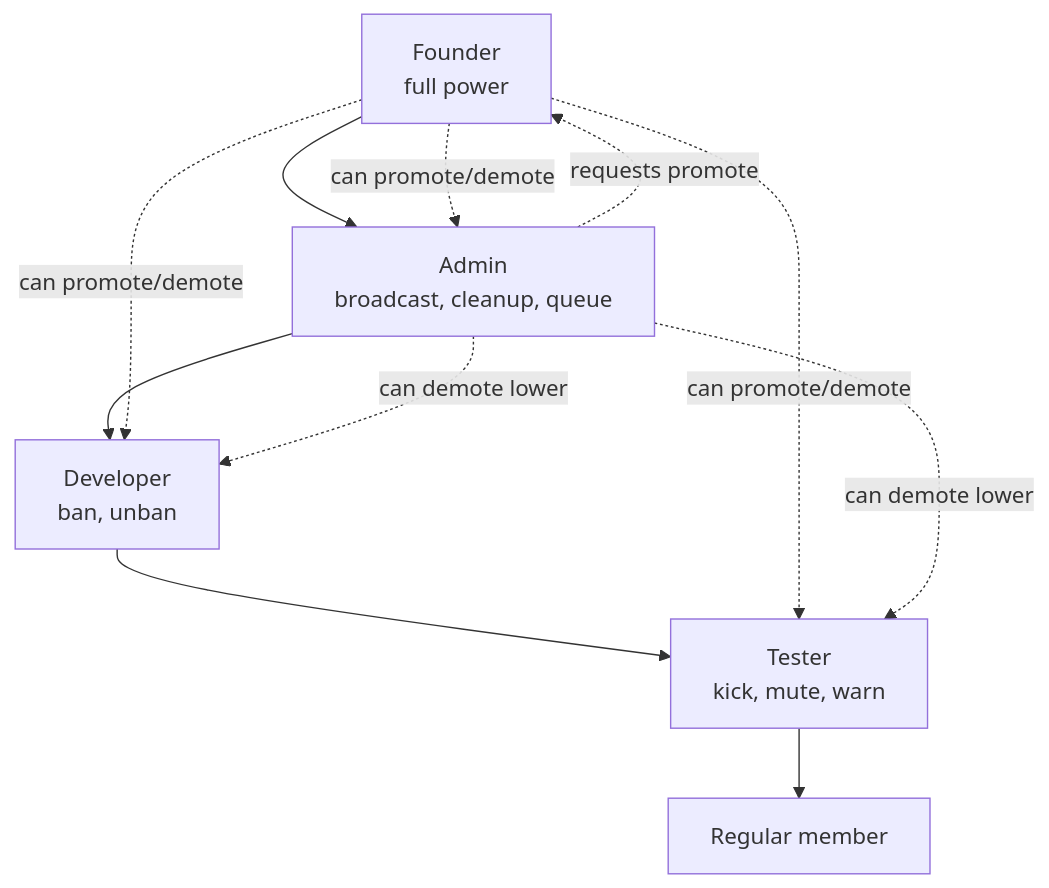
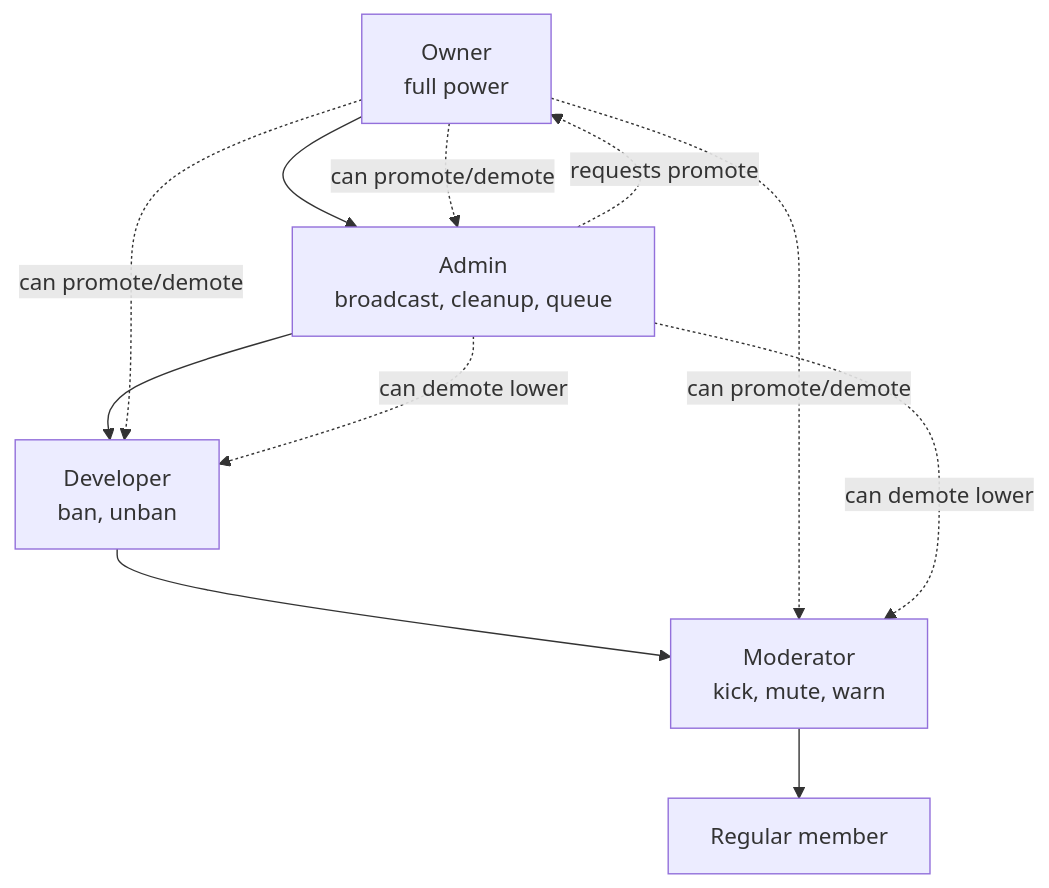
The first of 2 diagrams in docs/features/roles/roles.md (D1ZZY4/tcbot), drawn with Mermaid before and after one commit. The commit also changed other lines of this file and 82 other files, not shown here.

First line of the commit message:
refactor(roles): rename role vocabulary to owner and moderator

````diff
--- a/docs/features/roles/roles.md
+++ b/docs/features/roles/roles.md
@@ -13,13 +13,13 @@
 ```mermaid
 flowchart TD
-    Founder[Founder<br/>full power] --> Admin[Admin<br/>broadcast, cleanup, queue]
+    Owner[Owner<br/>full power] --> Admin[Admin<br/>broadcast, cleanup, queue]
     Admin --> Developer[Developer<br/>ban, unban]
-    Developer --> Tester[Tester<br/>kick, mute, warn]
-    Tester --> Member[Regular member]
-    Founder -.->|can promote/demote| Admin
-    Founder -.->|can promote/demote| Developer
-    Founder -.->|can promote/demote| Tester
-    Admin -.->|requests promote| Founder
+    Developer --> Moderator[Moderator<br/>kick, mute, warn]
+    Moderator --> Member[Regular member]
+    Owner -.->|can promote/demote| Admin
+    Owner -.->|can promote/demote| Developer
+    Owner -.->|can promote/demote| Moderator
+    Admin -.->|requests promote| Owner
     Admin -.->|can demote lower| Developer
-    Admin -.->|can demote lower| Tester
+    Admin -.->|can demote lower| Moderator
 ```
````
